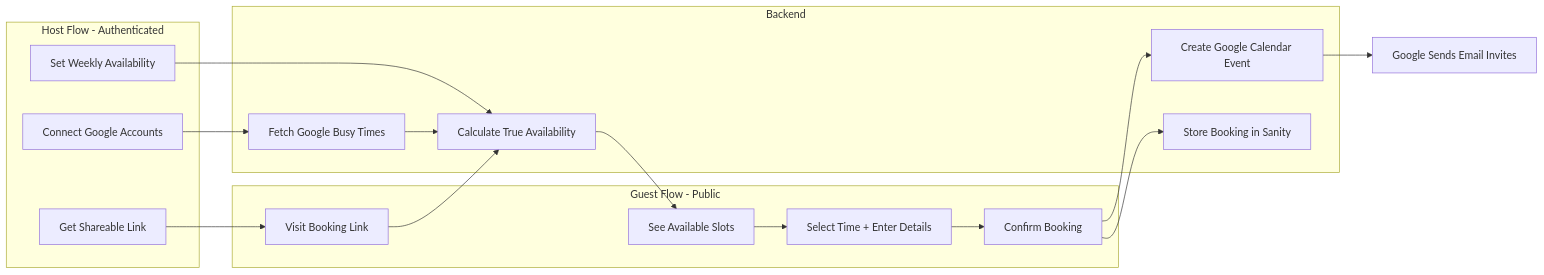
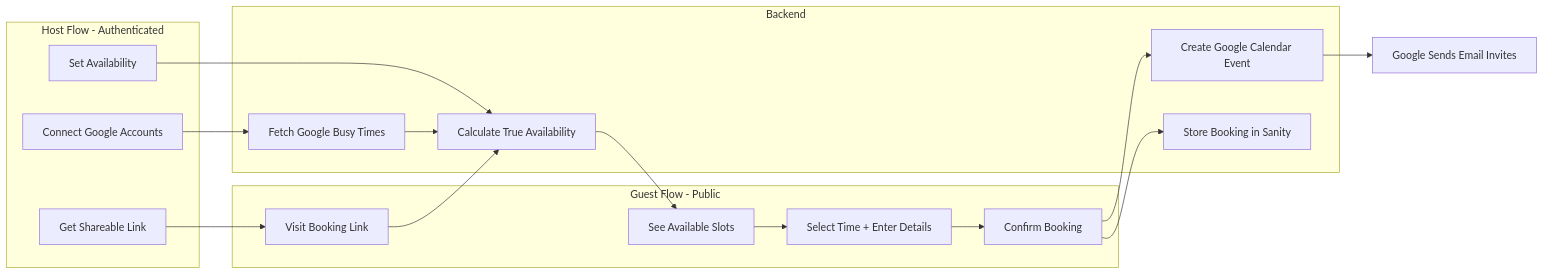
One commit to sonnysangha/scheduling-app-nextjs-16-sanity-clerk-coderabbit changed the first of 2 diagrams in .cursor/plans/calendly_clone_+_google_cal_357cda88.plan.md. Above: the diagram before and after it, drawn with Mermaid. The commit also changed other lines of this file and 8 other files, not shown here.

Commit message:
Phase 3: Refactor availability management and introduce booking and connected account schemas. Update availability handling to use datetime fields, removing redundant attributes. Enhance user type with connected accounts and implement new booking type for managing reservations.

````diff
--- a/.cursor/plans/calendly_clone_+_google_cal_357cda88.plan.md
+++ b/.cursor/plans/calendly_clone_+_google_cal_357cda88.plan.md
@@ -79,34 +79,34 @@
 ```mermaid
 flowchart LR
     subgraph host [Host Flow - Authenticated]
         A[Connect Google Accounts]
-        B[Set Weekly Availability]
+        B[Set Availability]
         C[Get Shareable Link]
     end
     
     subgraph guest [Guest Flow - Public]
         D[Visit Booking Link]
         E[See Available Slots]
         F[Select Time + Enter Details]
         G[Confirm Booking]
     end
     
     subgraph backend [Backend]
         H[Fetch Google Busy Times]
         I[Calculate True Availability]
         J[Create Google Calendar Event]
         K[Store Booking in Sanity]
     end
     
     A --> H
     B --> I
     H --> I
     C --> D
     D --> I
     I --> E
     E --> F
     F --> G
     G --> J
     G --> K
     J --> L[Google Sends Email Invites]
 ```
````
